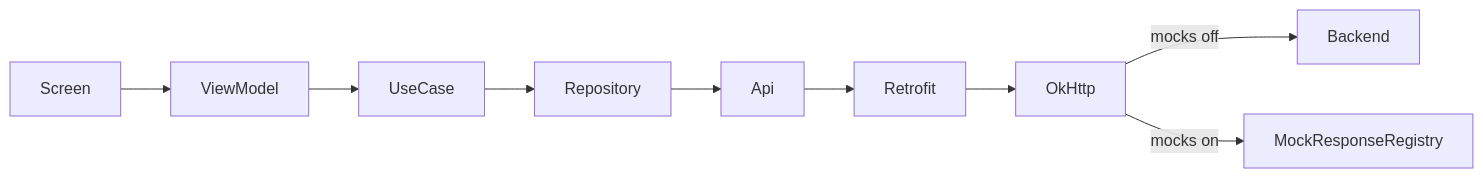
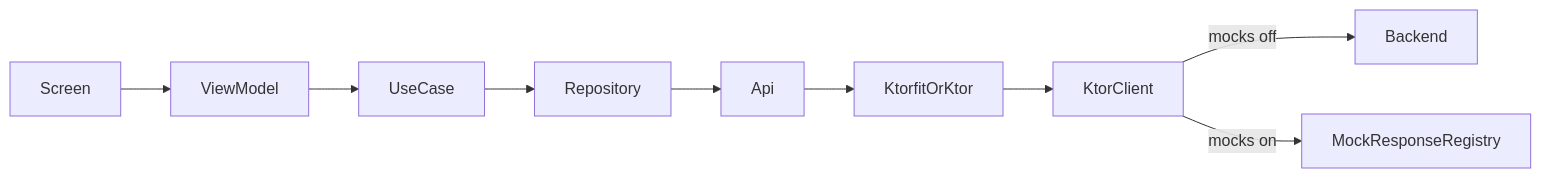
Before and after one commit to AlenniBoris/ARPlitochka: the diagram in docs/BACKEND_MOCKING_PLAN.md, drawn with Mermaid. The commit also changed other lines of this file and 109 other files, not shown here.

````diff
--- a/docs/BACKEND_MOCKING_PLAN.md
+++ b/docs/BACKEND_MOCKING_PLAN.md
@@ -13,11 +15,11 @@
 ```mermaid
 flowchart LR
     Screen --> ViewModel
     ViewModel --> UseCase
     UseCase --> Repository
     Repository --> Api
-    Api --> Retrofit
-    Retrofit --> OkHttp
-    OkHttp -->|"mocks off"| Backend
-    OkHttp -->|"mocks on"| MockResponseRegistry
+    Api --> KtorfitOrKtor
+    KtorfitOrKtor --> KtorClient
+    KtorClient -->|"mocks off"| Backend
+    KtorClient -->|"mocks on"| MockResponseRegistry
 ```
````
